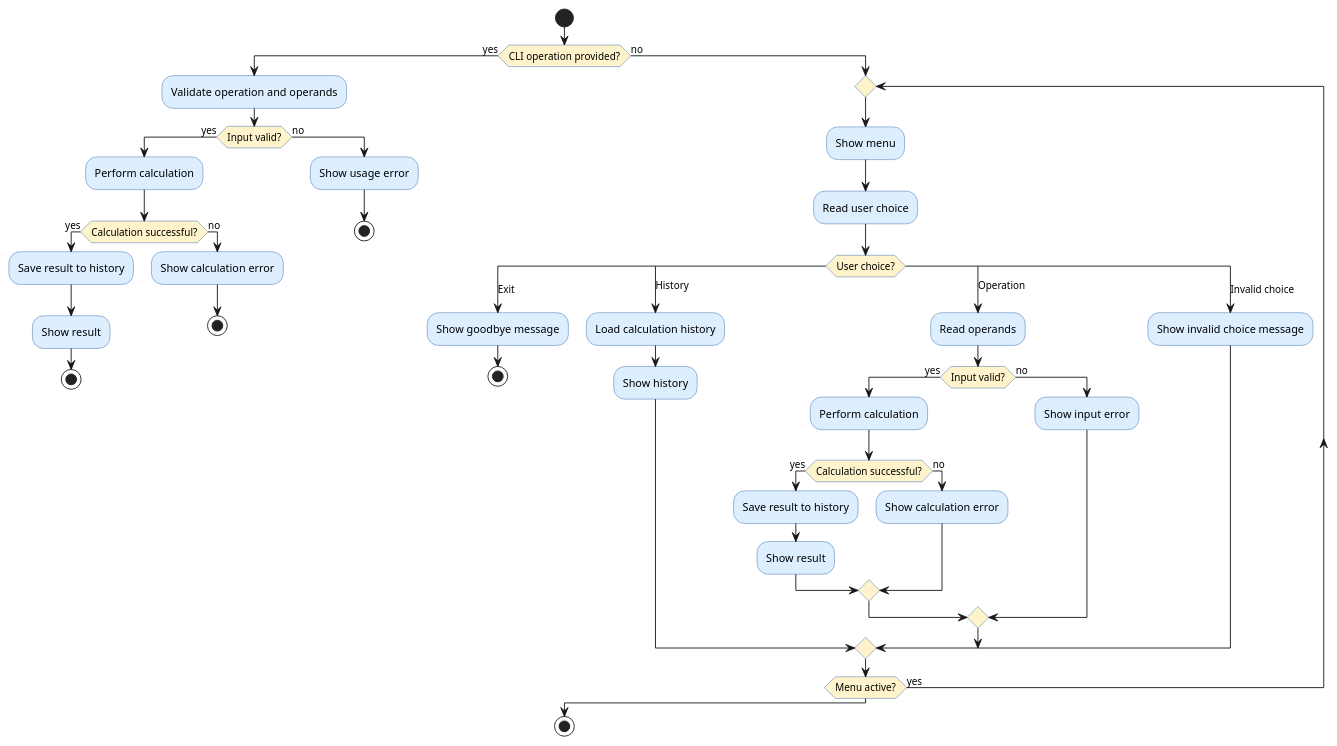
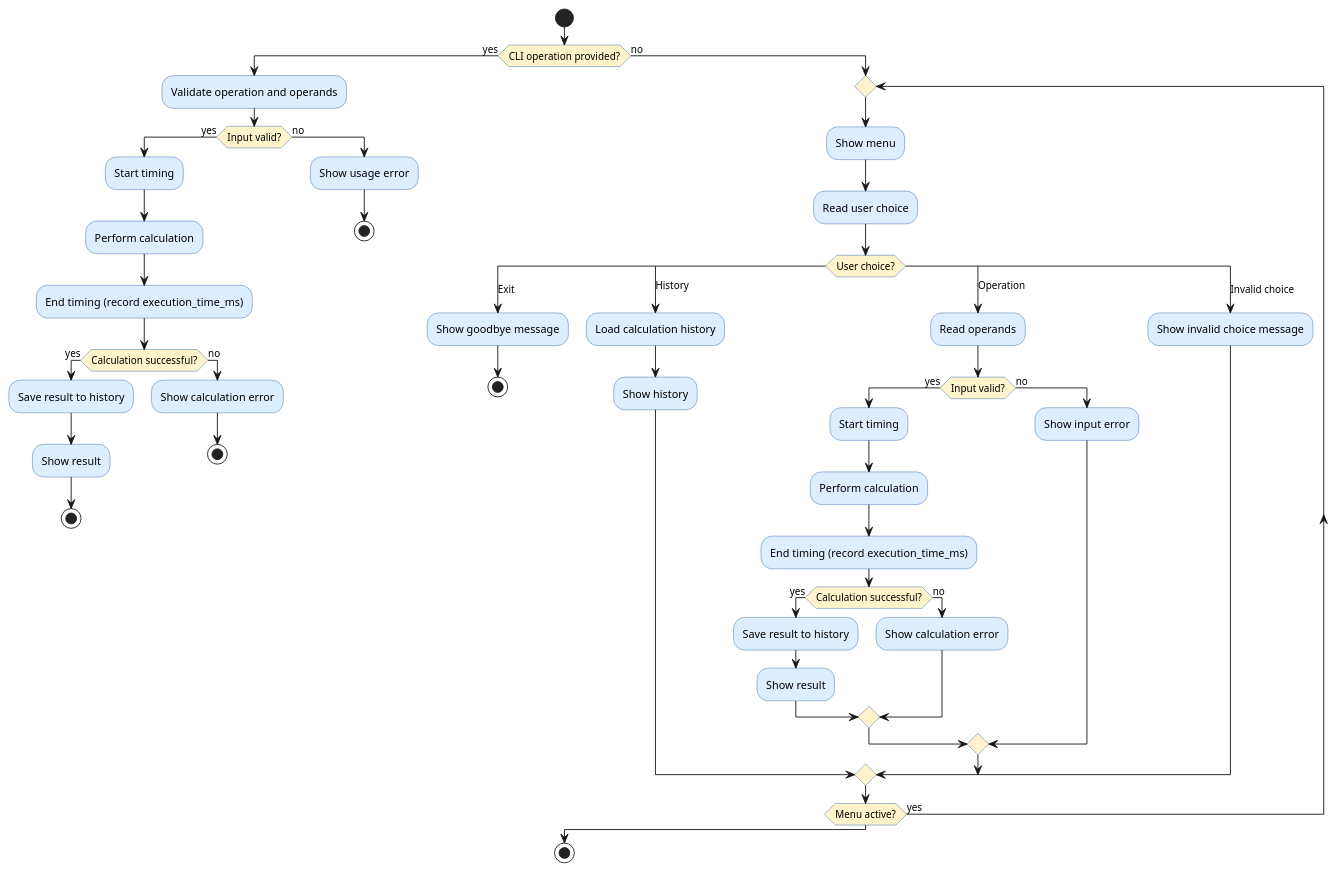
The diagram in experiments/pipeline/user_stories/calculator/artifacts/activity_diagram.puml (DanielRiha8906/Software_autoevolution_using_agents), drawn with PlantUML before and after one commit. The commit also changed 6 other files, not shown here.

```diff
--- a/experiments/pipeline/user_stories/calculator/artifacts/activity_diagram.puml
+++ b/experiments/pipeline/user_stories/calculator/artifacts/activity_diagram.puml
@@ -1,74 +1,78 @@
 @startuml activity_diagram
 
 skinparam activityBackgroundColor #DDEEFF
 skinparam activityBorderColor #3366AA
 skinparam activityDiamondBackgroundColor #FFF3CC
 
 start
 
 if (CLI operation provided?) then (yes)
 
   :Validate operation and operands;
 
   if (Input valid?) then (yes)
+    :Start timing;
     :Perform calculation;
+    :End timing (record execution_time_ms);
 
     if (Calculation successful?) then (yes)
       :Save result to history;
       :Show result;
       stop
     else (no)
       :Show calculation error;
       stop
     endif
 
   else (no)
     :Show usage error;
     stop
   endif
 
 else (no)
 
   repeat
     :Show menu;
     :Read user choice;
 
     switch (User choice?)
 
       case (Exit)
         :Show goodbye message;
         stop
 
       case (History)
         :Load calculation history;
         :Show history;
 
       case (Operation)
         :Read operands;
 
         if (Input valid?) then (yes)
+          :Start timing;
           :Perform calculation;
+          :End timing (record execution_time_ms);
 
           if (Calculation successful?) then (yes)
             :Save result to history;
             :Show result;
           else (no)
             :Show calculation error;
           endif
 
         else (no)
           :Show input error;
         endif
 
       case (Invalid choice)
         :Show invalid choice message;
 
     endswitch
 
   repeat while (Menu active?) is (yes)
 
 endif
 
 stop
 
 @enduml
```
